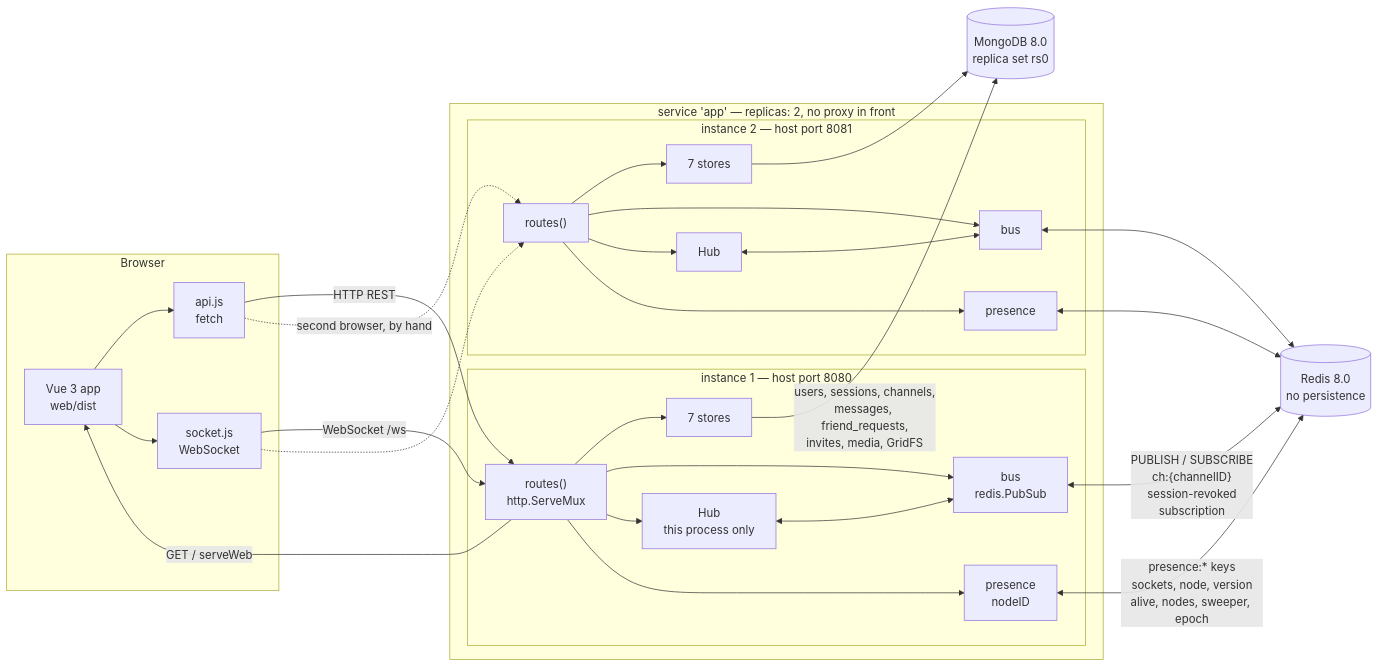
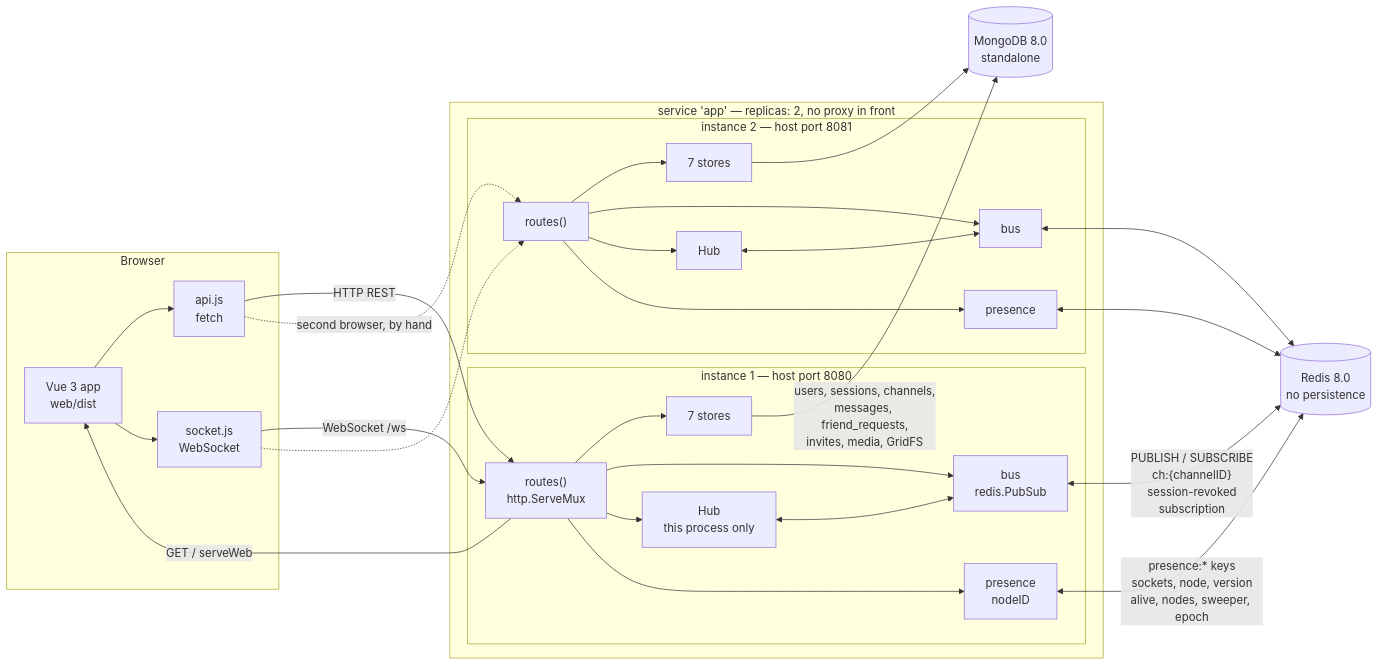
One commit to hdmtrn/nosql-messenger changed the first of 13 diagrams in docs/diagrams/README.md. Above: the diagram before and after it, drawn with Mermaid. The commit also changed 10 other files, not shown here.

````diff
--- a/docs/diagrams/README.md
+++ b/docs/diagrams/README.md
@@ -111,58 +111,58 @@
 ```mermaid
 %% Whole system: Vue client, two Go instances, Redis, MongoDB.
 %% Exact Redis key and topic formats are in the README tables.
 %% Sources: docker-compose.yml, Dockerfile, server/main.go, server/server.go,
 %% server/bus.go, server/presence.go, web/src/api.js, web/src/socket.js
 flowchart LR
   subgraph client["Browser"]
     vue["Vue 3 app<br/>web/dist"]
     apijs["api.js<br/>fetch"]
     wsjs["socket.js<br/>WebSocket"]
     vue --> apijs
     vue --> wsjs
   end
 
   subgraph app["service 'app' — replicas: 2, no proxy in front"]
     subgraph n1["instance 1 — host port 8080"]
       mux1["routes()<br/>http.ServeMux"]
       hub1["Hub<br/>this process only"]
       bus1["bus<br/>redis.PubSub"]
       pres1["presence<br/>nodeID"]
       st1["7 stores"]
       mux1 --> st1
       mux1 --> bus1
       mux1 --> hub1
       hub1 <--> bus1
       mux1 --> pres1
     end
     subgraph n2["instance 2 — host port 8081"]
       mux2["routes()"]
       hub2["Hub"]
       bus2["bus"]
       pres2["presence"]
       st2["7 stores"]
       mux2 --> st2
       mux2 --> bus2
       mux2 --> hub2
       hub2 <--> bus2
       mux2 --> pres2
     end
   end
 
   redis[("Redis 8.0<br/>no persistence")]
-  mongo[("MongoDB 8.0<br/>replica set rs0")]
+  mongo[("MongoDB 8.0<br/>standalone")]
 
   apijs -->|"HTTP REST"| mux1
   wsjs -->|"WebSocket /ws"| mux1
   apijs -.->|"second browser, by hand"| mux2
   wsjs -.-> mux2
   mux1 -->|"GET / serveWeb"| vue
 
   bus1 <-->|"PUBLISH / SUBSCRIBE<br/>ch:{channelID}<br/>session-revoked<br/>subscription"| redis
   bus2 <--> redis
   pres1 <-->|"presence:* keys<br/>sockets, node, version<br/>alive, nodes, sweeper, epoch"| redis
   pres2 <--> redis
 
   st1 -->|"users, sessions, channels,<br/>messages, friend_requests,<br/>invites, media, GridFS"| mongo
   st2 --> mongo
 ```
````
